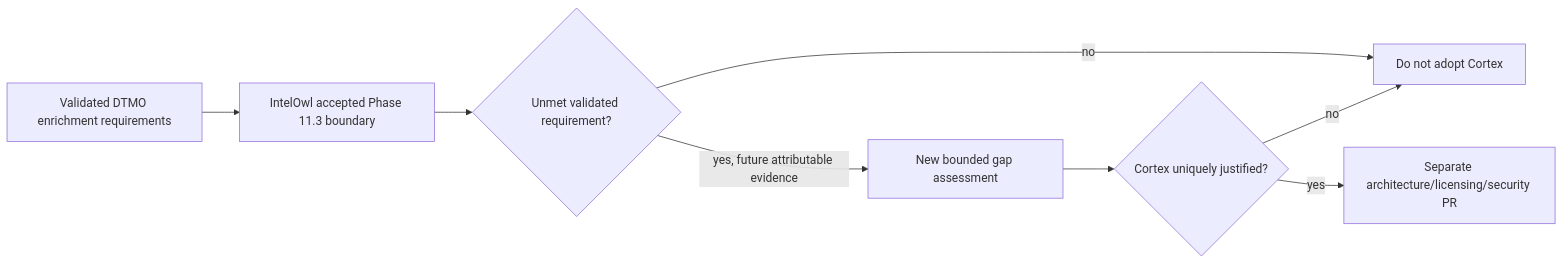
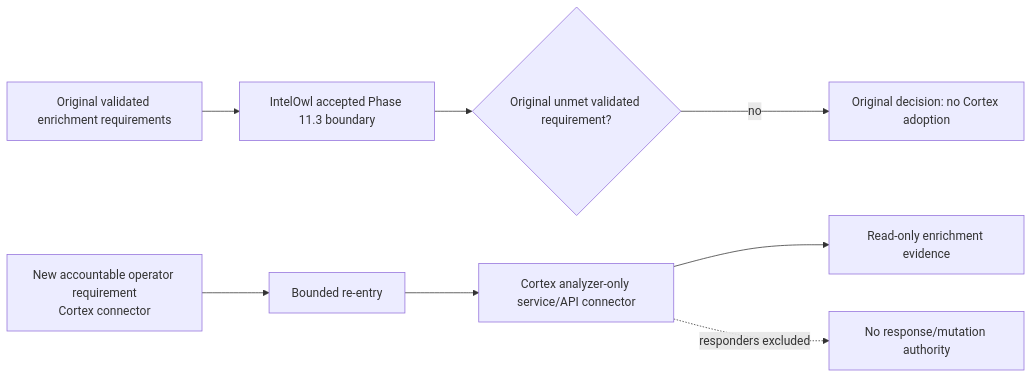
The diagram in docs/architecture/CORTEX_DECISION_GATE.md (GJvManen/dtmo), drawn with Mermaid before and after one commit. The commit also changed other lines of this file, not shown here.

Commit message:
Phase 11.7A: record operator-triggered Cortex re-entry

````diff
--- a/docs/architecture/CORTEX_DECISION_GATE.md
+++ b/docs/architecture/CORTEX_DECISION_GATE.md
@@ -39,10 +45,10 @@
 ```mermaid
 flowchart LR
-    R[Validated DTMO enrichment requirements] --> I[IntelOwl accepted Phase 11.3 boundary]
-    I --> C{Unmet validated requirement?}
-    C -->|no| N[Do not adopt Cortex]
-    C -->|yes, future attributable evidence| G[New bounded gap assessment]
-    G --> A{Cortex uniquely justified?}
-    A -->|no| N
-    A -->|yes| P[Separate architecture/licensing/security PR]
+    R[Original validated enrichment requirements] --> I[IntelOwl accepted Phase 11.3 boundary]
+    I --> C{Original unmet validated requirement?}
+    C -->|no| N[Original decision: no Cortex adoption]
+    O[New accountable operator requirement\nCortex connector] --> G[Bounded re-entry]
+    G --> A[Cortex analyzer-only service/API connector]
+    A --> E[Read-only enrichment evidence]
+    A -. responders excluded .-> X[No response/mutation authority]
 ```
````
